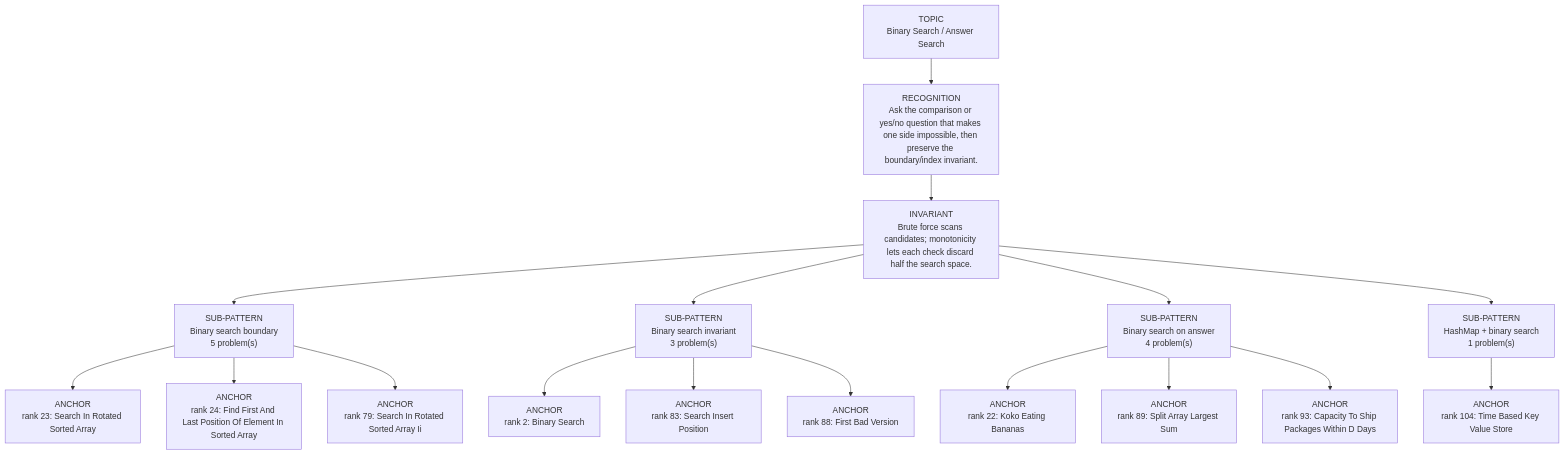
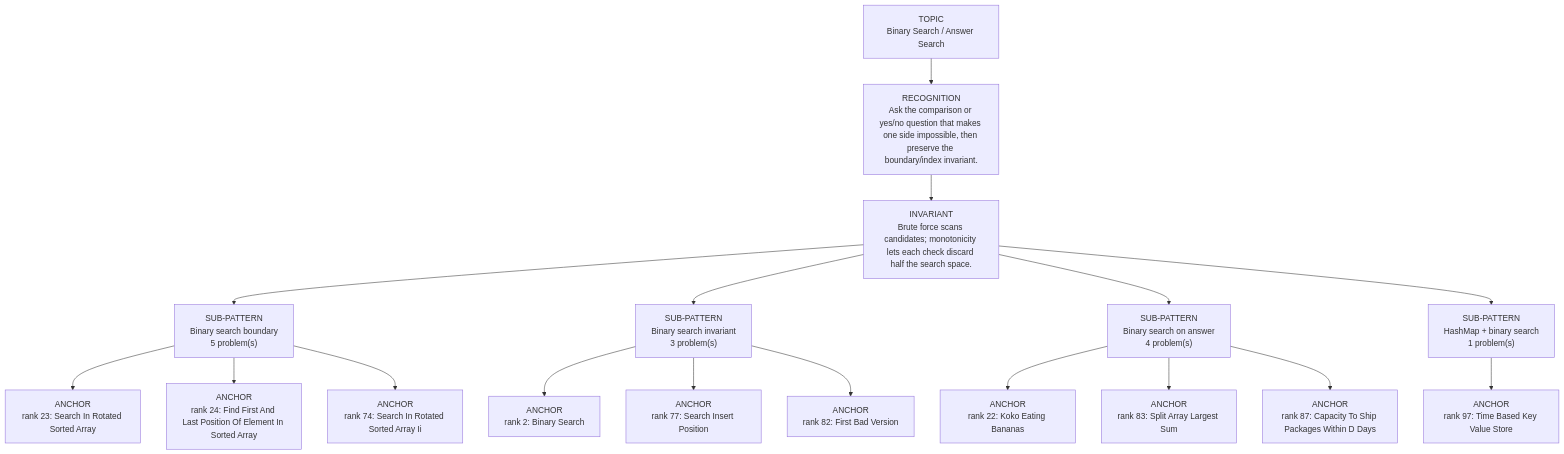
Before and after one commit to thechiranjeevjain/DSA10days: the diagram in dsa-review/interview/patterns/02_binary_search.md, drawn with Mermaid. The commit also changed other lines of this file and 61 other files, not shown here.

````diff
--- a/dsa-review/interview/patterns/02_binary_search.md
+++ b/dsa-review/interview/patterns/02_binary_search.md
@@ -15,21 +15,21 @@
 ```mermaid
 flowchart TD
   Topic["TOPIC<br/>Binary Search / Answer Search"]
   Recognition["RECOGNITION<br/>Ask the comparison or yes/no question that makes one side impossible, then preserve the boundary/index invariant."]
   Invariant["INVARIANT<br/>Brute force scans candidates; monotonicity lets each check discard half the search space."]
   Topic --> Recognition --> Invariant
   Invariant --> Sub01["SUB-PATTERN<br/>Binary search boundary<br/>5 problem(s)"]
   Sub01 --> Sub01A01["ANCHOR<br/>rank 23: Search In Rotated Sorted Array"]
   Sub01 --> Sub01A02["ANCHOR<br/>rank 24: Find First And Last Position Of Element In Sorted Array"]
-  Sub01 --> Sub01A03["ANCHOR<br/>rank 79: Search In Rotated Sorted Array Ii"]
+  Sub01 --> Sub01A03["ANCHOR<br/>rank 74: Search In Rotated Sorted Array Ii"]
   Invariant --> Sub02["SUB-PATTERN<br/>Binary search invariant<br/>3 problem(s)"]
   Sub02 --> Sub02A01["ANCHOR<br/>rank 2: Binary Search"]
-  Sub02 --> Sub02A02["ANCHOR<br/>rank 83: Search Insert Position"]
-  Sub02 --> Sub02A03["ANCHOR<br/>rank 88: First Bad Version"]
+  Sub02 --> Sub02A02["ANCHOR<br/>rank 77: Search Insert Position"]
+  Sub02 --> Sub02A03["ANCHOR<br/>rank 82: First Bad Version"]
   Invariant --> Sub03["SUB-PATTERN<br/>Binary search on answer<br/>4 problem(s)"]
   Sub03 --> Sub03A01["ANCHOR<br/>rank 22: Koko Eating Bananas"]
-  Sub03 --> Sub03A02["ANCHOR<br/>rank 89: Split Array Largest Sum"]
-  Sub03 --> Sub03A03["ANCHOR<br/>rank 93: Capacity To Ship Packages Within D Days"]
+  Sub03 --> Sub03A02["ANCHOR<br/>rank 83: Split Array Largest Sum"]
+  Sub03 --> Sub03A03["ANCHOR<br/>rank 87: Capacity To Ship Packages Within D Days"]
   Invariant --> Sub04["SUB-PATTERN<br/>HashMap + binary search<br/>1 problem(s)"]
-  Sub04 --> Sub04A01["ANCHOR<br/>rank 104: Time Based Key Value Store"]
+  Sub04 --> Sub04A01["ANCHOR<br/>rank 97: Time Based Key Value Store"]
 ```
````
